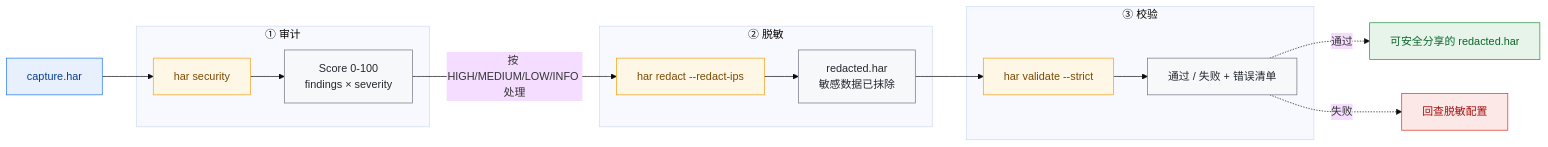
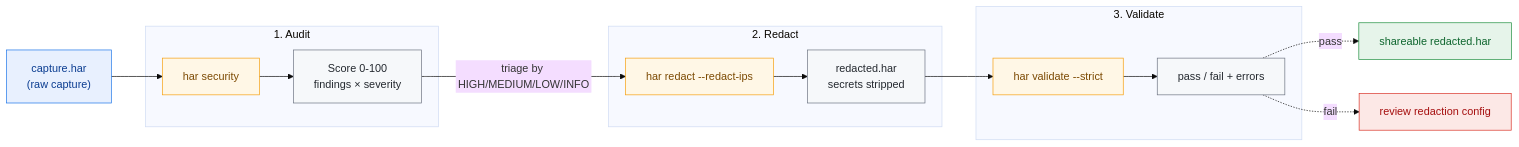
One commit to hitechcloud-vietnam/har-skills changed the first of 3 diagrams in website/zh/workflows/security-audit.md. Above: the diagram before and after it, drawn with Mermaid (base theme). The commit also changed other lines of this file and 97 other files, not shown here.

````diff
--- a/website/zh/workflows/security-audit.md
+++ b/website/zh/workflows/security-audit.md
@@ -13,27 +14,27 @@
 ```mermaid
 flowchart LR
-    HAR["capture.har<br/（原始抓包）"]:::input
-    subgraph S1["① 审计"]
+    HAR["capture.har<br/>(raw capture)"]:::input
+    subgraph S1["1. Audit"]
         A1["har security"]:::step
         A2["Score 0-100<br/>findings × severity"]:::out
     end
-    subgraph S2["② 脱敏"]
+    subgraph S2["2. Redact"]
         B1["har redact --redact-ips"]:::step
-        B2["redacted.har<br/>敏感数据已抹除"]:::out
+        B2["redacted.har<br/>secrets stripped"]:::out
     end
-    subgraph S3["③ 校验"]
+    subgraph S3["3. Validate"]
         C1["har validate --strict"]:::step
-        C2["通过 / 失败 + 错误清单"]:::out
+        C2["pass / fail + errors"]:::out
     end
     HAR --> A1 --> A2
-    A2 -- "按 HIGH/MEDIUM/LOW/INFO 处理" --> B1 --> B2
+    A2 -- "triage by HIGH/MEDIUM/LOW/INFO" --> B1 --> B2
     B2 --> C1 --> C2
-    C2 -. "通过" .-> SHARE["可安全分享的 redacted.har"]:::done
-    C2 -. "失败" .-> FIX["回查脱敏配置"]:::warn
+    C2 -. "pass" .-> SHARE["shareable redacted.har"]:::done
+    C2 -. "fail" .-> FIX["review redaction config"]:::warn
 
     classDef input fill:#e8f0fe,stroke:#1a73e8,color:#0b3d91
     classDef step fill:#fff7e6,stroke:#f59e0b,color:#7c4a03
     classDef out fill:#f6f8fa,stroke:#6b7280,color:#24292f
     classDef done fill:#e6f4ea,stroke:#1e8e3e,color:#0d652d
     classDef warn fill:#fce8e6,stroke:#d93025,color:#a50e0e
 ```
````
